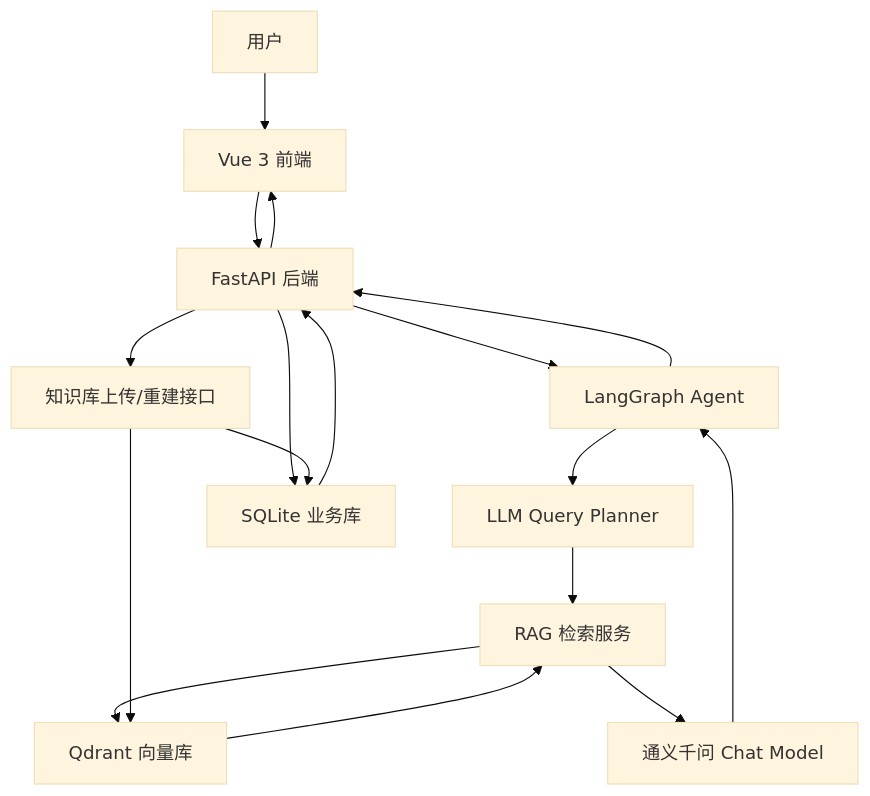
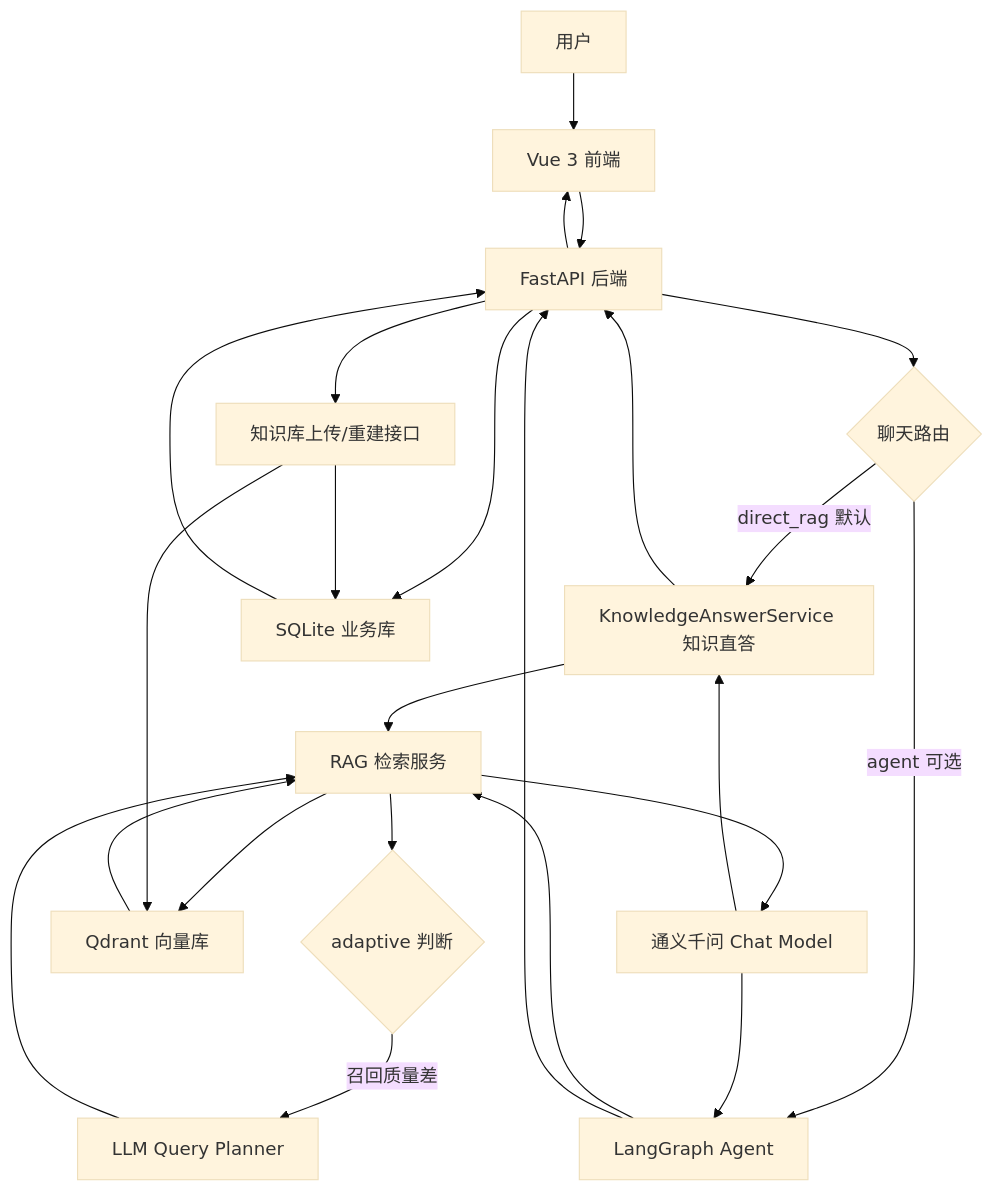
One commit to chen-liang-22/AI_RAG_Agent_Project changed the first of 3 diagrams in docs/ai_rag_agent_project_overall_design.md. Above: the diagram before and after it, drawn with Mermaid (base theme). The commit also changed other lines of this file and 14 other files, not shown here.

````diff
--- a/docs/ai_rag_agent_project_overall_design.md
+++ b/docs/ai_rag_agent_project_overall_design.md
@@ -54,23 +55,30 @@
 ```mermaid
 flowchart TD
     U["用户"] --> FE["Vue 3 前端"]
     FE --> API["FastAPI 后端"]
 
-    API --> CHAT["LangGraph Agent"]
-    CHAT --> PLAN["LLM Query Planner"]
-    PLAN --> RAG["RAG 检索服务"]
+    API --> ROUTE{"聊天路由"}
+    ROUTE -->|direct_rag 默认| KA["KnowledgeAnswerService 知识直答"]
+    ROUTE -->|agent 可选| CHAT["LangGraph Agent"]
+    KA --> RAG["RAG 检索服务"]
+    CHAT --> RAG
+    RAG --> PLAN{"adaptive 判断"}
+    PLAN -->|召回质量差| QP["LLM Query Planner"]
+    QP --> RAG
 
     RAG --> QD["Qdrant 向量库"]
     RAG --> LLM["通义千问 Chat Model"]
     API --> DB["SQLite 业务库"]
 
     API --> UPLOAD["知识库上传/重建接口"]
     UPLOAD --> QD
     UPLOAD --> DB
 
     QD --> RAG
     DB --> API
+    LLM --> KA
     LLM --> CHAT
+    KA --> API
     CHAT --> API
     API --> FE
 ```
````
